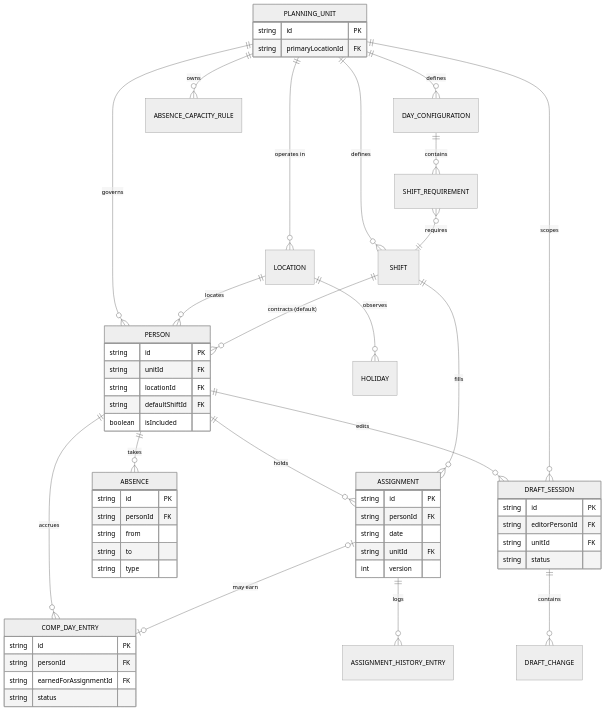
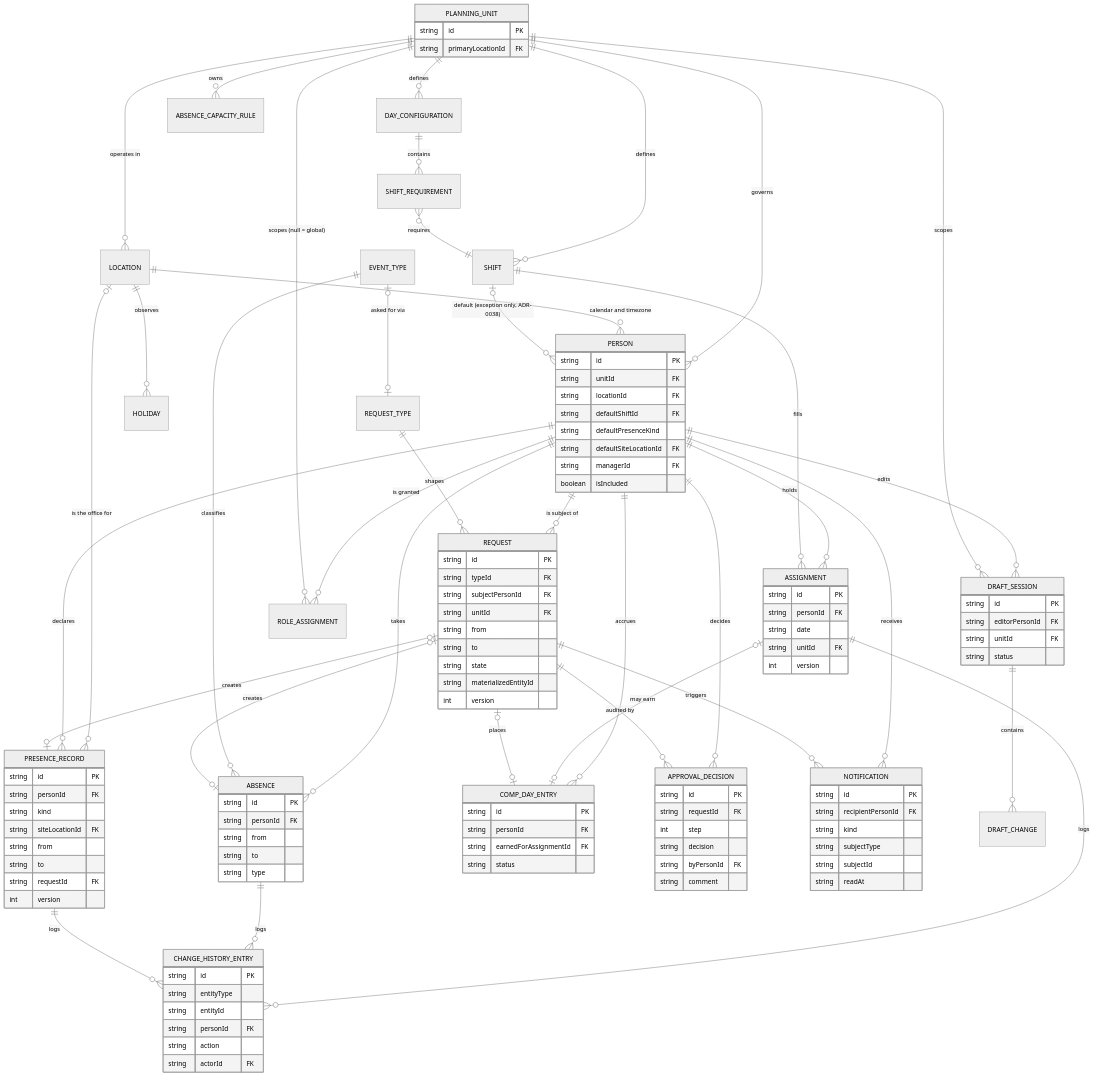
Before and after one commit to grishkabarabashka/shift-o-mator: the first of 6 diagrams in Docs/01-domain-model.md, drawn with Mermaid (neutral theme). The commit also changed other lines of this file and 260 other files, not shown here.

```diff
--- a/Docs/01-domain-model.md
+++ b/Docs/01-domain-model.md
@@ -66,18 +83,38 @@
     DAY_CONFIGURATION ||--o{ SHIFT_REQUIREMENT : contains
     SHIFT_REQUIREMENT }o--|| SHIFT : requires
 
-    LOCATION ||--o{ PERSON : locates
+    LOCATION ||--o{ PERSON : "calendar and timezone"
     LOCATION ||--o{ HOLIDAY : observes
-    SHIFT ||--o{ PERSON : "contracts (default)"
+    LOCATION |o--o{ PRESENCE_RECORD : "is the office for"
+    SHIFT |o--o{ PERSON : "default (exception only, ADR-0038)"
 
     PERSON ||--o{ ASSIGNMENT : holds
     PERSON ||--o{ ABSENCE : takes
+    PERSON ||--o{ PRESENCE_RECORD : declares
     PERSON ||--o{ COMP_DAY_ENTRY : accrues
     PERSON ||--o{ DRAFT_SESSION : edits
+    PERSON ||--o{ REQUEST : "is subject of"
+    PERSON ||--o{ APPROVAL_DECISION : decides
+    PERSON ||--o{ NOTIFICATION : receives
+    PERSON ||--o{ ROLE_ASSIGNMENT : "is granted"
+    PLANNING_UNIT ||--o{ ROLE_ASSIGNMENT : "scopes (null = global)"
 
     SHIFT ||--o{ ASSIGNMENT : fills
     ASSIGNMENT |o--o| COMP_DAY_ENTRY : "may earn"
-    ASSIGNMENT ||--o{ ASSIGNMENT_HISTORY_ENTRY : logs
+
+    EVENT_TYPE ||--o{ ABSENCE : classifies
+    EVENT_TYPE |o--o| REQUEST_TYPE : "asked for via"
+
+    REQUEST_TYPE ||--o{ REQUEST : shapes
+    REQUEST ||--o{ APPROVAL_DECISION : "audited by"
+    REQUEST |o--o| ABSENCE : creates
+    REQUEST |o--o| PRESENCE_RECORD : creates
+    REQUEST |o--o| COMP_DAY_ENTRY : places
+    REQUEST ||--o{ NOTIFICATION : triggers
+
+    ASSIGNMENT ||--o{ CHANGE_HISTORY_ENTRY : logs
+    ABSENCE ||--o{ CHANGE_HISTORY_ENTRY : logs
+    PRESENCE_RECORD ||--o{ CHANGE_HISTORY_ENTRY : logs
 
     DRAFT_SESSION ||--o{ DRAFT_CHANGE : contains
     PLANNING_UNIT ||--o{ DRAFT_SESSION : scopes
@@ -91,7 +128,55 @@
         string unitId FK
         string locationId FK
         string defaultShiftId FK
+        string defaultPresenceKind
+        string defaultSiteLocationId FK
+        string managerId FK
         boolean isIncluded
+    }
+    PRESENCE_RECORD {
+        string id PK
+        string personId FK
+        string kind
+        string siteLocationId FK
+        string from
+        string to
+        string requestId FK
+        int version
+    }
+    REQUEST {
+        string id PK
+        string typeId FK
+        string subjectPersonId FK
+        string unitId FK
+        string from
+        string to
+        string state
+        string materializedEntityId
+        int version
+    }
+    APPROVAL_DECISION {
+        string id PK
+        string requestId FK
+        int step
+        string decision
+        string byPersonId FK
+        string comment
+    }
+    NOTIFICATION {
+        string id PK
+        string recipientPersonId FK
+        string kind
+        string subjectType
+        string subjectId
+        string readAt
+    }
+    CHANGE_HISTORY_ENTRY {
+        string id PK
+        string entityType
+        string entityId
+        string personId FK
+        string action
+        string actorId FK
     }
     ASSIGNMENT {
         string id PK
```
